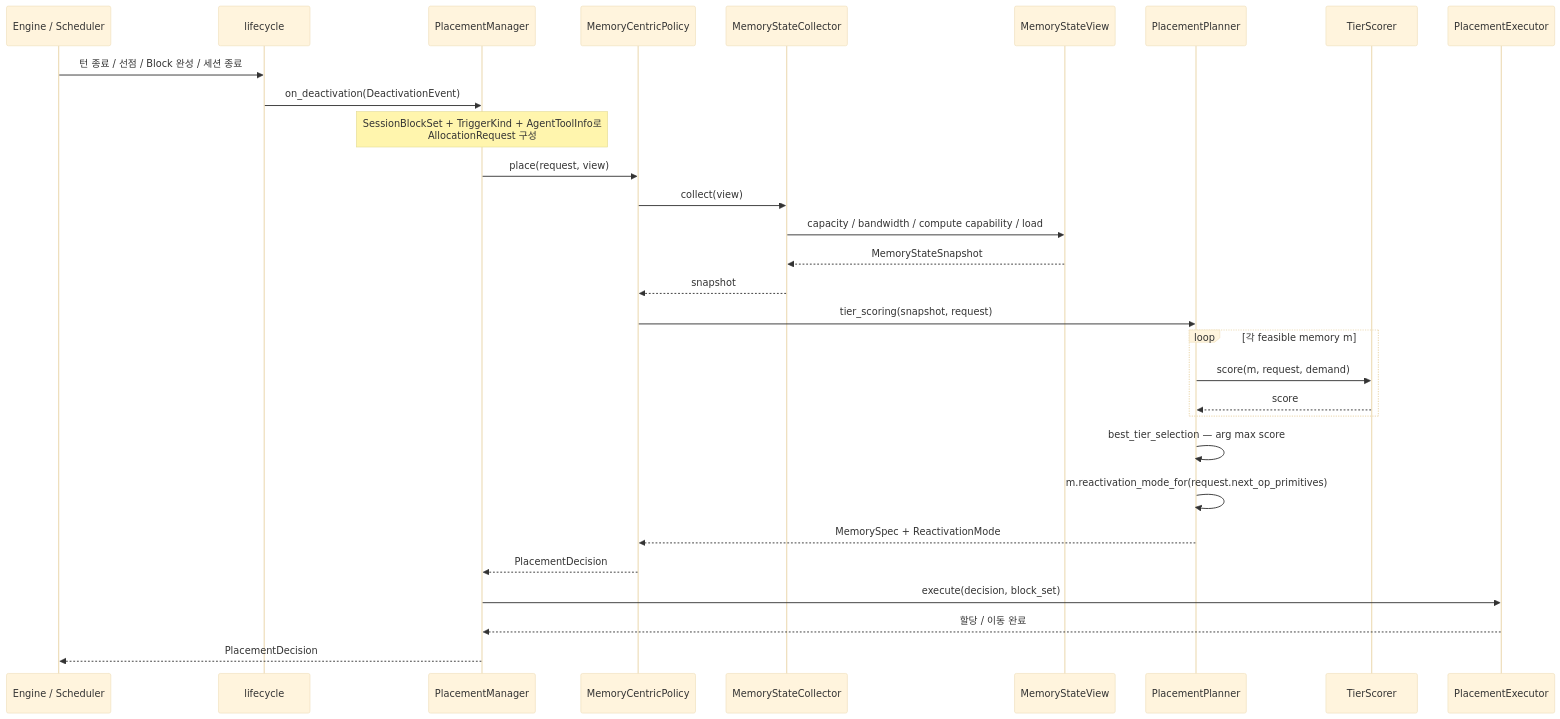
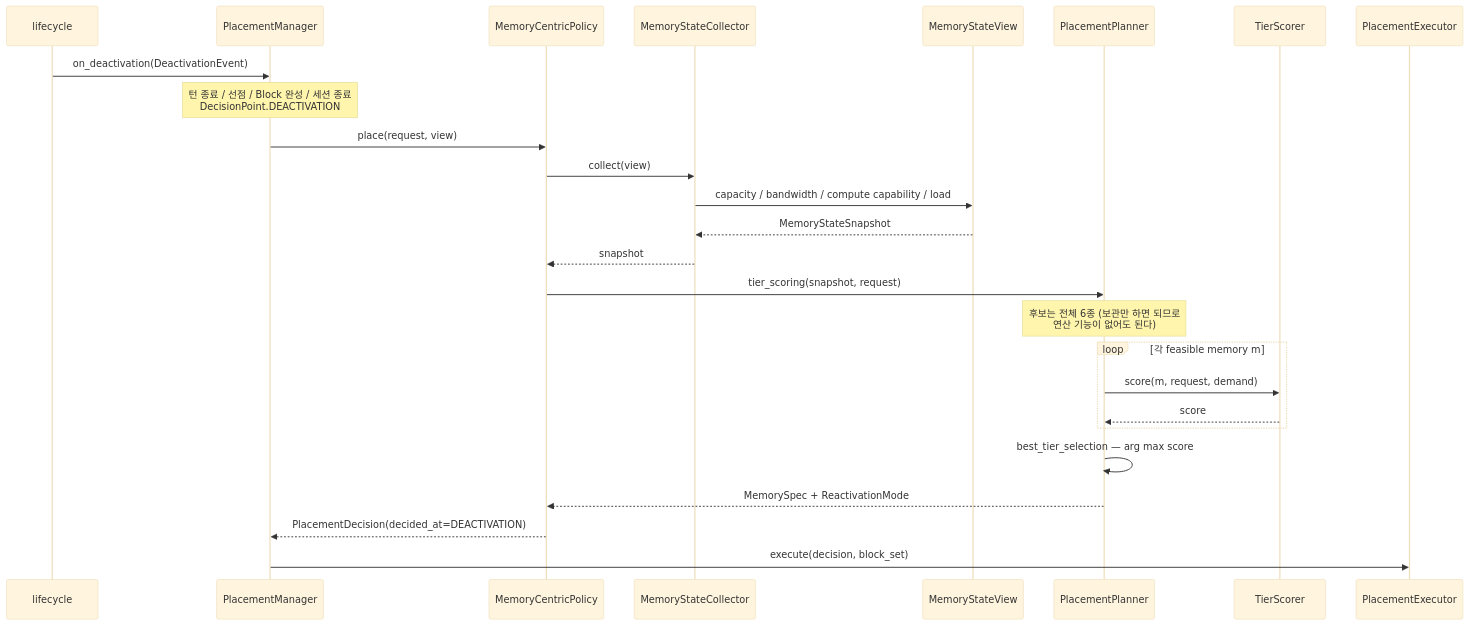
The seventh of 11 diagrams in doc-architect/dp1-implementation-uml.md (mkim0628/vllm), drawn with Mermaid (base theme) before and after one commit. The commit also changed other lines of this file and 1 other file, not shown here.

First line of the commit message:
docs(dp1): bring the UML in line with the two decision points

````diff
--- a/doc-architect/dp1-implementation-uml.md
+++ b/doc-architect/dp1-implementation-uml.md
@@ -471,36 +605,31 @@
 ```mermaid
 sequenceDiagram
-    participant Eng as Engine / Scheduler
     participant LC as lifecycle
     participant Mgr as PlacementManager
     participant Pol as MemoryCentricPolicy
     participant Col as MemoryStateCollector
     participant View as MemoryStateView
     participant Plan as PlacementPlanner
     participant Scorer as TierScorer
     participant Exec as PlacementExecutor
 
-    Eng->>LC: 턴 종료 / 선점 / Block 완성 / 세션 종료
     LC->>Mgr: on_deactivation(DeactivationEvent)
-    Note over Mgr: SessionBlockSet + TriggerKind + AgentToolInfo로<br/>AllocationRequest 구성
+    Note over Mgr: 턴 종료 / 선점 / Block 완성 / 세션 종료<br/>DecisionPoint.DEACTIVATION
     Mgr->>Pol: place(request, view)
 
     Pol->>Col: collect(view)
     Col->>View: capacity / bandwidth / compute capability / load
     View-->>Col: MemoryStateSnapshot
     Col-->>Pol: snapshot
 
     Pol->>Plan: tier_scoring(snapshot, request)
+    Note over Plan: 후보는 전체 6종 (보관만 하면 되므로<br/>연산 기능이 없어도 된다)
     loop 각 feasible memory m
         Plan->>Scorer: score(m, request, demand)
         Scorer-->>Plan: score
     end
     Plan->>Plan: best_tier_selection — arg max score
-    Plan->>Plan: m.reactivation_mode_for(request.next_op_primitives)
     Plan-->>Pol: MemorySpec + ReactivationMode
-    Pol-->>Mgr: PlacementDecision
-
+    Pol-->>Mgr: PlacementDecision(decided_at=DEACTIVATION)
     Mgr->>Exec: execute(decision, block_set)
-    Exec-->>Mgr: 할당 / 이동 완료
-    Mgr-->>Eng: PlacementDecision
 ```
````
